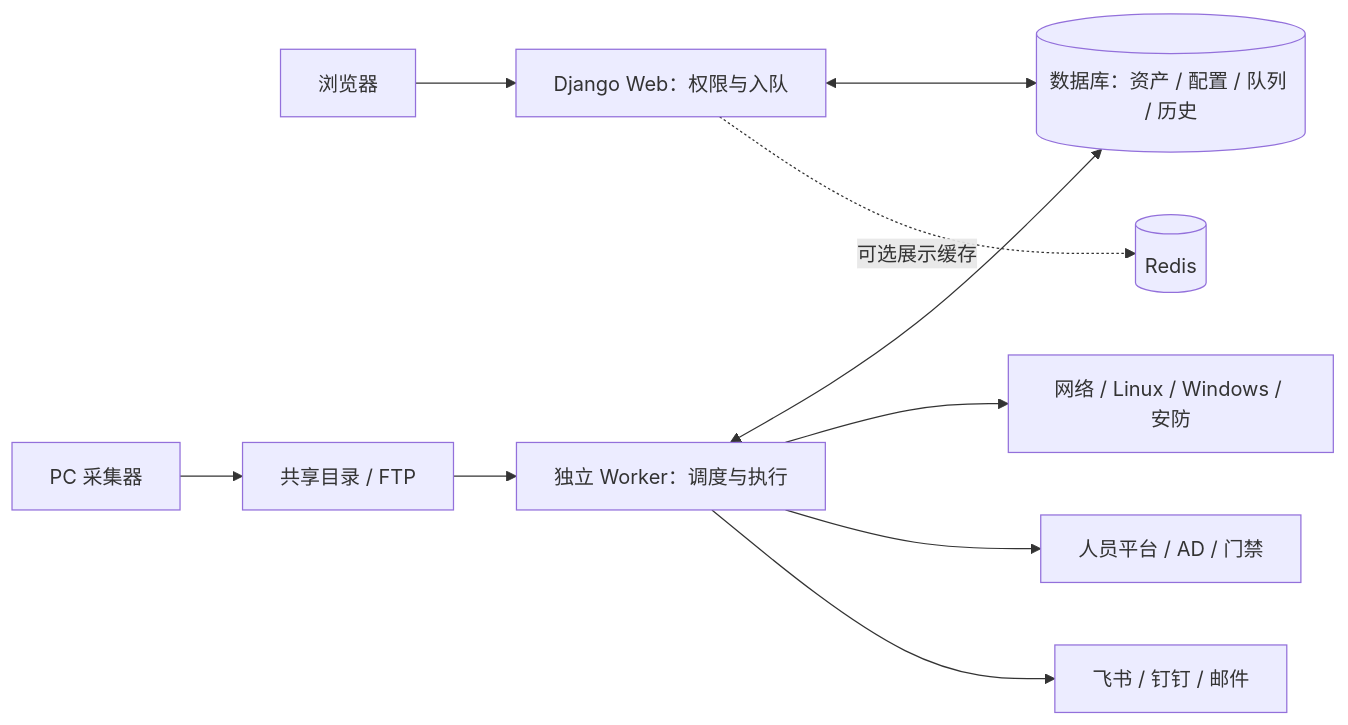
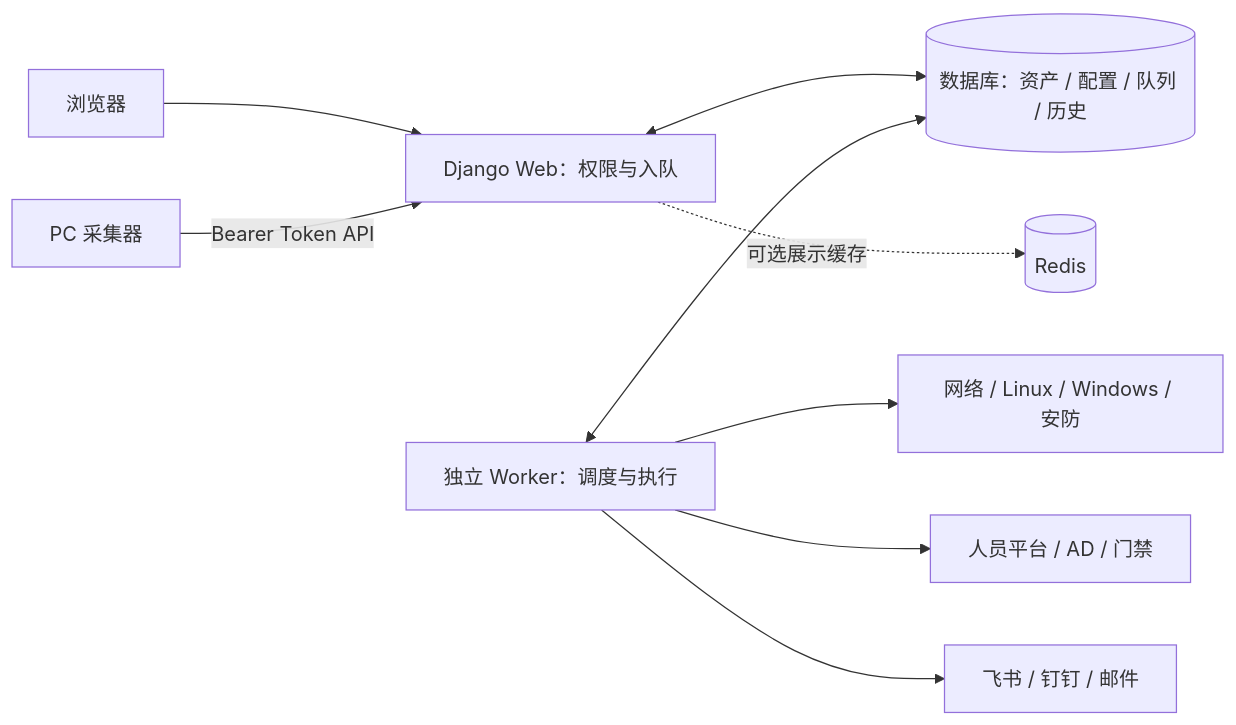
Before and after one commit to a87150/Net-Inspection: the diagram in README.md, drawn with Mermaid. The commit also changed other lines of this file and 223 other files, not shown here.

````diff
--- a/README.md
+++ b/README.md
@@ -130,12 +130,11 @@
 ```mermaid
 flowchart LR
     Browser[浏览器] --> Web[Django Web：权限与入队]
     Web <--> DB[(数据库：资产 / 配置 / 队列 / 历史)]
     Worker[独立 Worker：调度与执行] <--> DB
-    PC[PC 采集器] --> Share[共享目录 / FTP]
-    Share --> Worker
+    PC[PC 采集器] -->|Bearer Token API| Web
     Worker --> Devices[网络 / Linux / Windows / 安防]
     Worker --> Platforms[人员平台 / AD / 门禁]
     Worker --> Alerts[飞书 / 钉钉 / 邮件]
     Web -. 可选展示缓存 .-> Redis[(Redis)]
 ```
````
